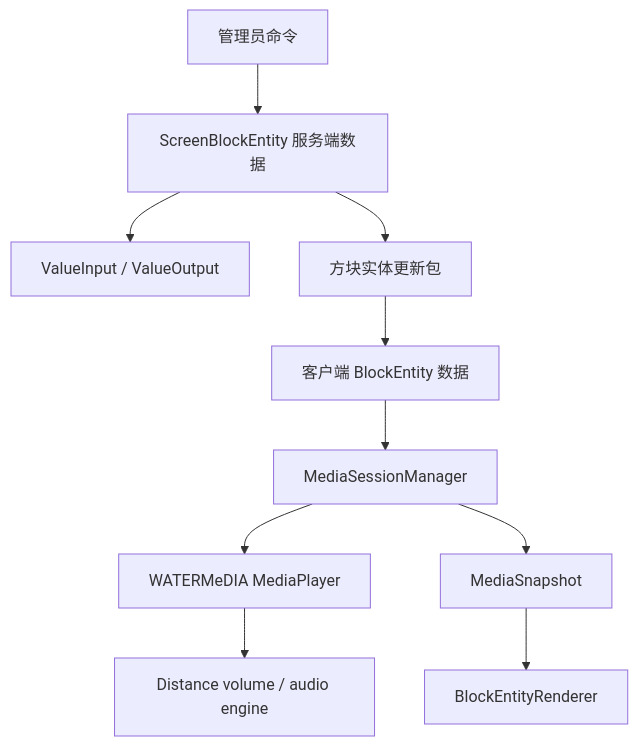
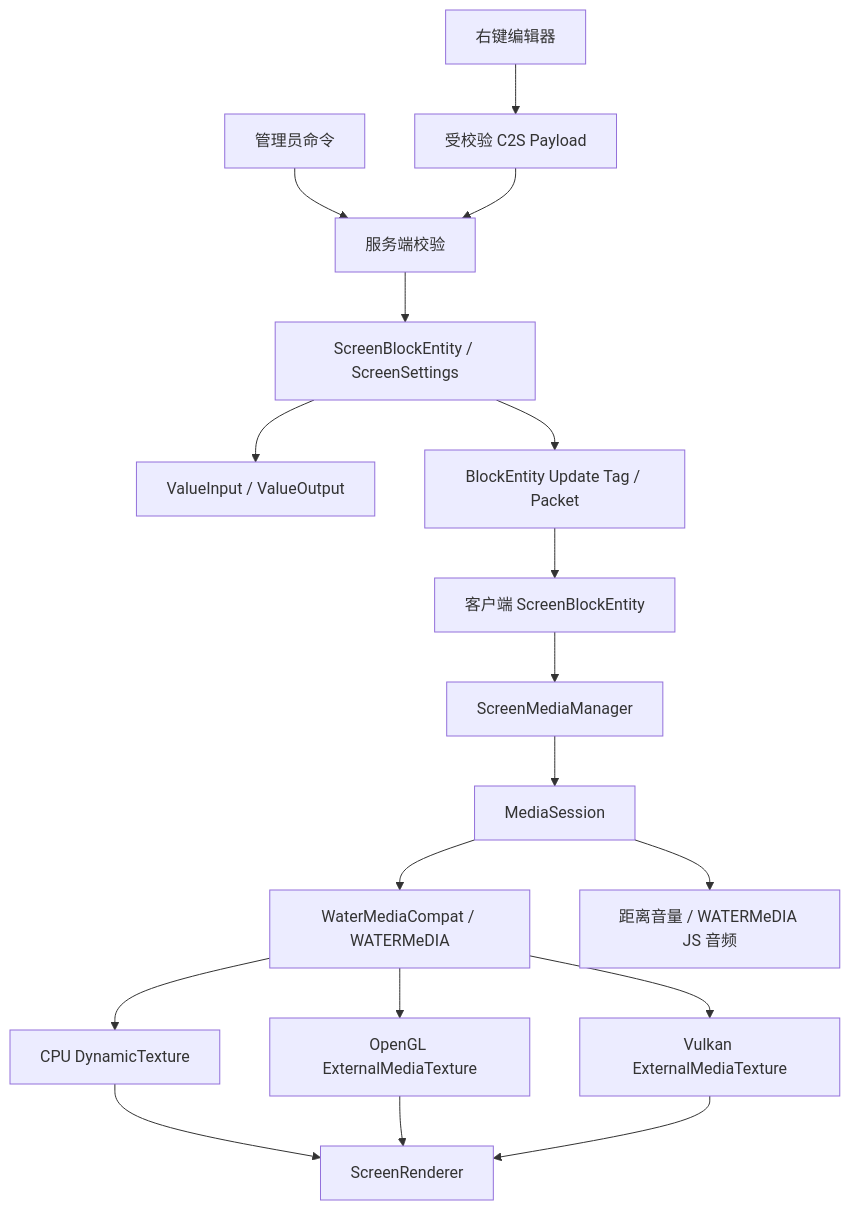
Before and after one commit to AnnoyingVillager/onescreen: the diagram in docs/ARCHITECTURE.md, drawn with Mermaid. The commit also changed other lines of this file and 43 other files, not shown here.

````diff
--- a/docs/ARCHITECTURE.md
+++ b/docs/ARCHITECTURE.md
@@ -5,12 +7,20 @@
 ```mermaid
 flowchart TB
-    Command[管理员命令] --> BE[ScreenBlockEntity 服务端数据]
-    BE --> Persist[ValueInput / ValueOutput]
-    BE --> UpdatePacket[方块实体更新包]
-    UpdatePacket --> ClientBE[客户端 BlockEntity 数据]
-    ClientBE --> Manager[MediaSessionManager]
-    Manager --> Player[WATERMeDIA MediaPlayer]
-    Manager --> State[MediaSnapshot]
-    State --> Renderer[BlockEntityRenderer]
-    Player --> Audio[Distance volume / audio engine]
+    Cmd[管理员命令] --> Validate[服务端校验]
+    Editor[右键编辑器] --> Payload[受校验 C2S Payload]
+    Payload --> Validate
+    Validate --> BE[ScreenBlockEntity / ScreenSettings]
+    BE --> Save[ValueInput / ValueOutput]
+    BE --> Sync[BlockEntity Update Tag / Packet]
+    Sync --> CBE[客户端 ScreenBlockEntity]
+    CBE --> Manager[ScreenMediaManager]
+    Manager --> Session[MediaSession]
+    Session --> WM[WaterMediaCompat / WATERMeDIA]
+    WM --> CPUTex[CPU DynamicTexture]
+    WM --> GLTex[OpenGL ExternalMediaTexture]
+    WM --> VKTex[Vulkan ExternalMediaTexture]
+    CPUTex --> Render[ScreenRenderer]
+    GLTex --> Render
+    VKTex --> Render
+    Session --> Audio[距离音量 / WATERMeDIA JS 音频]
 ```
````
